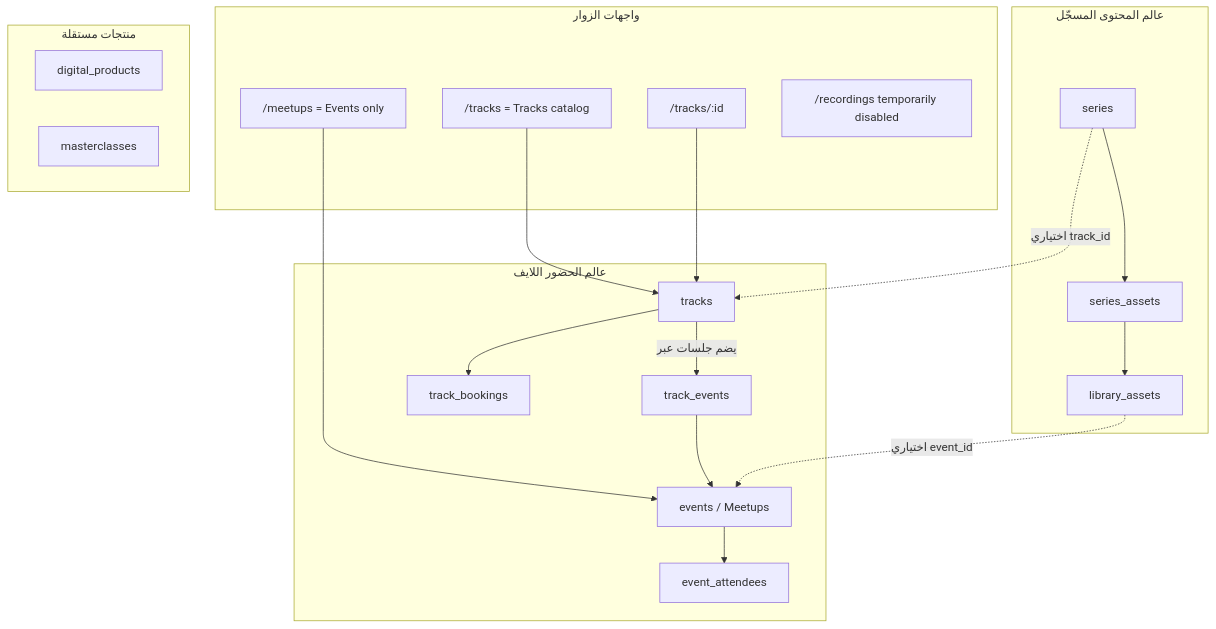
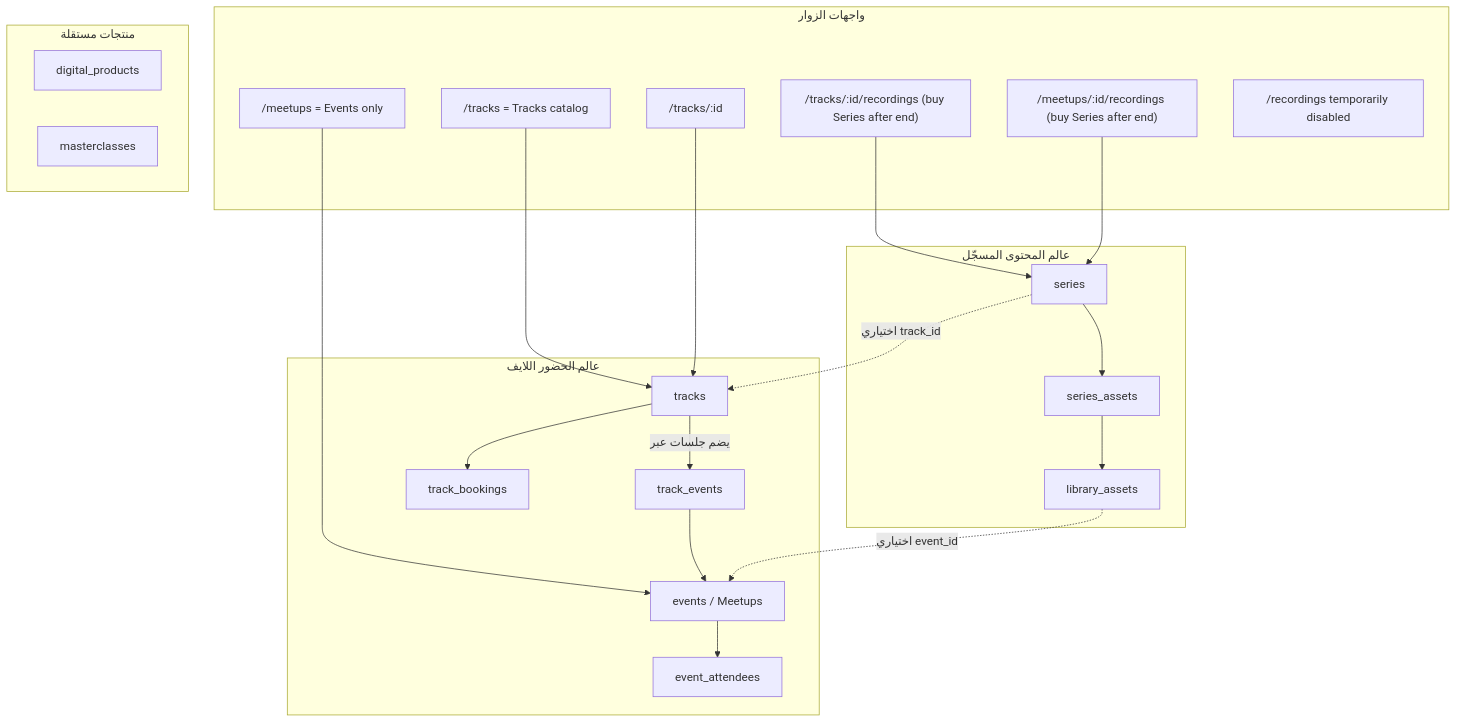
The first of 2 diagrams in abdelrhman-changes/product-structure-and-overlap.md (AbdelrhmanAhmad/trafficmena-dev), drawn with Mermaid before and after one commit. The commit also changed other lines of this file and 26 other files, not shown here.

First line of the commit message:
feat(checkpoint-recordings-2): publish track/event recordings after end

````diff
--- a/abdelrhman-changes/product-structure-and-overlap.md
+++ b/abdelrhman-changes/product-structure-and-overlap.md
@@ -31,39 +31,43 @@
 ```mermaid
 flowchart TB
   subgraph live [عالم الحضور اللايف]
     Track[tracks]
     Event[events / Meetups]
     TrackEvents[track_events]
     Track -->|يضم جلسات عبر| TrackEvents
     TrackEvents --> Event
     TrackBook[track_bookings]
     EventAtt[event_attendees]
     Track --> TrackBook
     Event --> EventAtt
   end
 
   subgraph recorded [عالم المحتوى المسجّل]
     Series[series]
     SeriesAssets[series_assets]
     Asset[library_assets]
     Series --> SeriesAssets
     SeriesAssets --> Asset
     Asset -.->|اختياري event_id| Event
     Series -.->|اختياري track_id| Track
   end
 
   subgraph storefront [واجهات الزوار]
     MeetupsPage["/meetups = Events only"]
     TracksPage["/tracks = Tracks catalog"]
     TrackPage["/tracks/:id"]
+    TrackRecs["/tracks/:id/recordings (buy Series after end)"]
+    EventRecs["/meetups/:id/recordings (buy Series after end)"]
     RecordingsDisabled["/recordings temporarily disabled"]
     MeetupsPage --> Event
     TracksPage --> Track
     TrackPage --> Track
+    TrackRecs --> Series
+    EventRecs --> Series
   end
 
   subgraph other [منتجات مستقلة]
     DP[digital_products]
     MC[masterclasses]
   end
 ```
````
